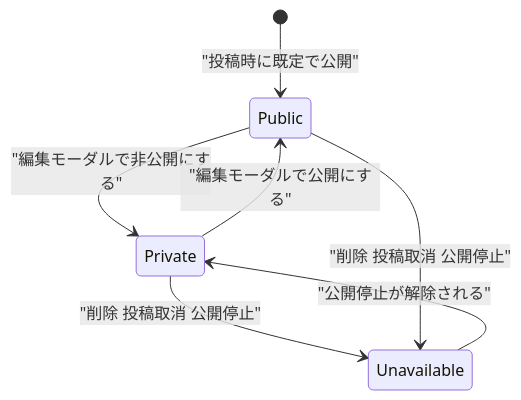
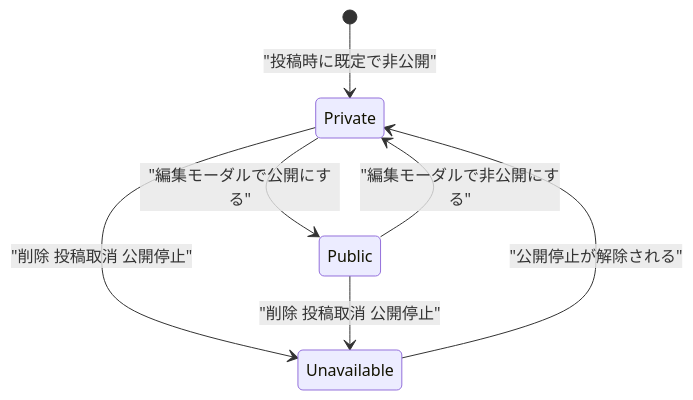
One commit to 3balljugglerYu/ai_coordinate changed the fourth of 6 diagrams in docs/planning/free-prompt-private-mode-implementation-plan.md. Above: the diagram before and after it, drawn with Mermaid. The commit also changed other lines of this file and 61 other files, not shown here.

````diff
--- a/docs/planning/free-prompt-private-mode-implementation-plan.md
+++ b/docs/planning/free-prompt-private-mode-implementation-plan.md
@@ -283,9 +283,9 @@
 ```mermaid
 stateDiagram-v2
-    [*] --> Public: "投稿時に既定で公開"
+    [*] --> Private: "投稿時に既定で非公開"
     Public --> Private: "編集モーダルで非公開にする"
     Private --> Public: "編集モーダルで公開にする"
     Private --> Unavailable: "削除 投稿取消 公開停止"
     Public --> Unavailable: "削除 投稿取消 公開停止"
     Unavailable --> Private: "公開停止が解除される"
 ```
````
